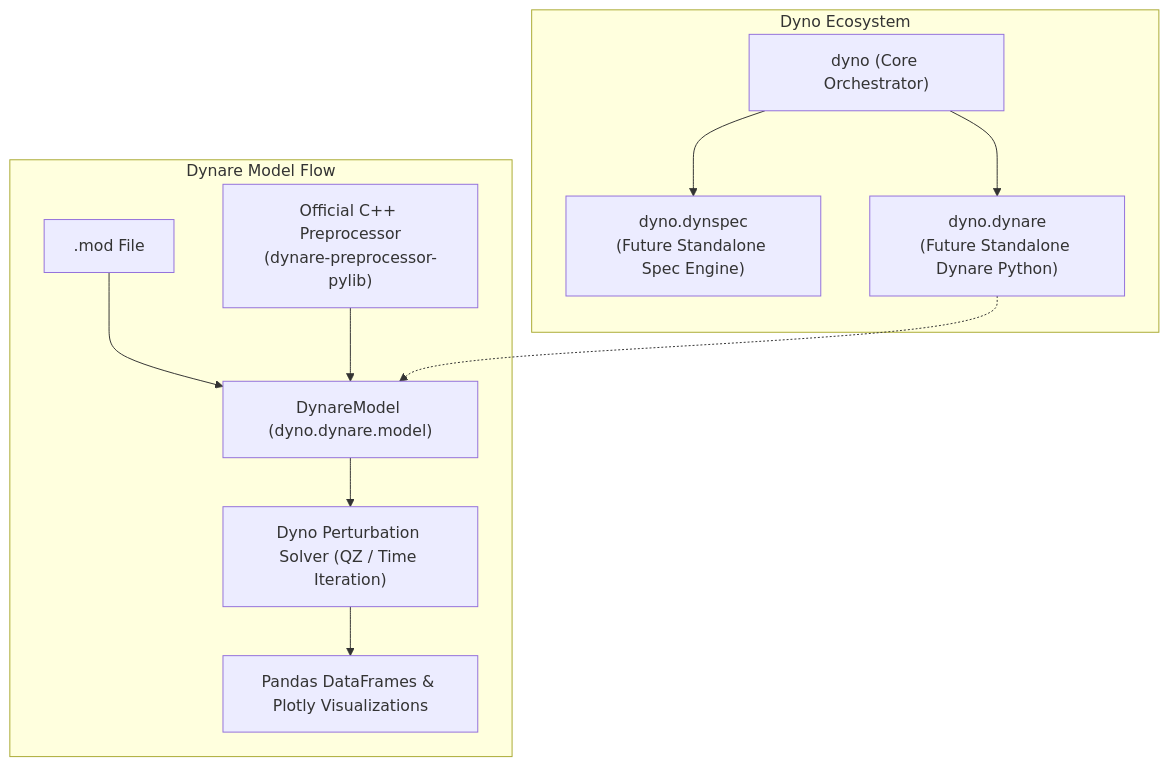
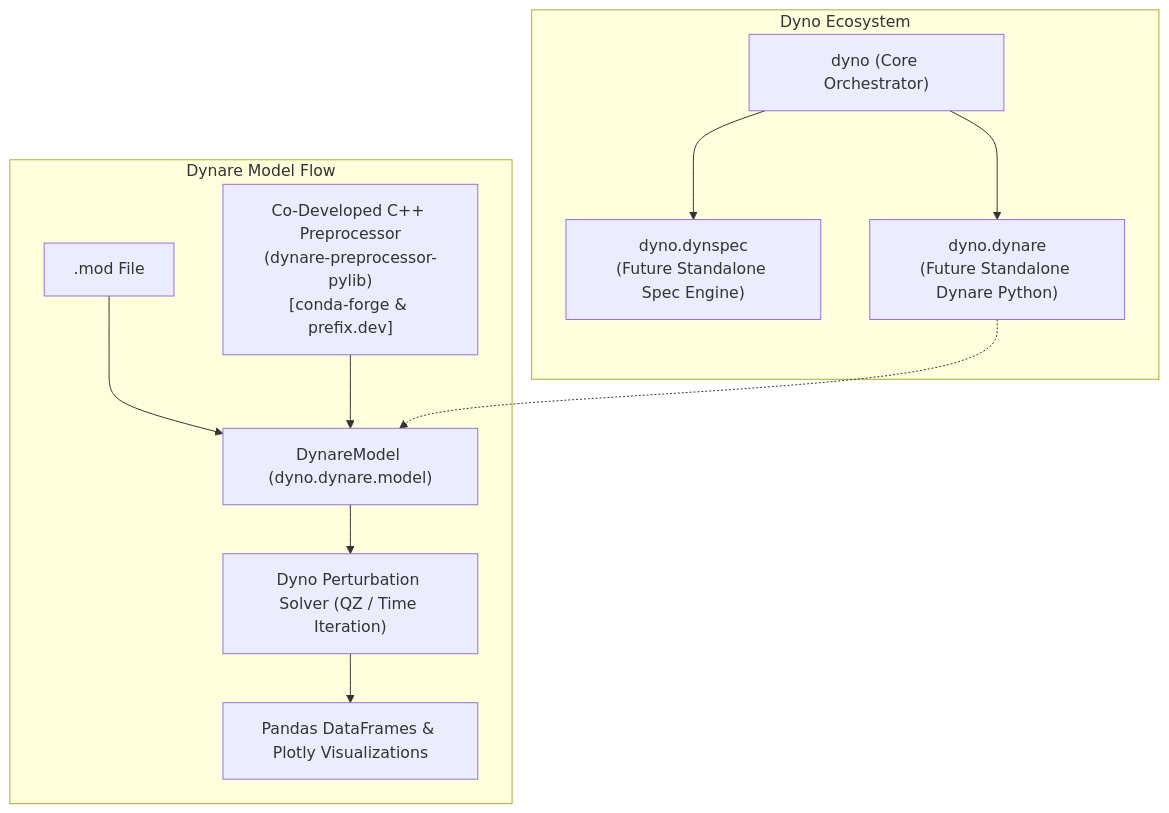
Before and after one commit to EconForge/dyno.py: the diagram in docs/dynare/index.md, drawn with Mermaid. The commit also changed other lines of this file and 4 other files, not shown here.

Commit message:
docs: separate JupyterLab Dyno into its own section and document co-developed C++ preprocessor

````diff
--- a/docs/dynare/index.md
+++ b/docs/dynare/index.md
@@ -21,19 +22,19 @@
 ```mermaid
 graph TD
     subgraph "Dyno Ecosystem"
         DYNO["dyno (Core Orchestrator)"]
         DYNSPEC["dyno.dynspec<br/>(Future Standalone Spec Engine)"]
         DYNARE["dyno.dynare<br/>(Future Standalone Dynare Python)"]
     end
 
     subgraph "Dynare Model Flow"
         MOD[".mod File"] --> DM["DynareModel (dyno.dynare.model)"]
-        CPP["Official C++ Preprocessor<br/>(dynare-preprocessor-pylib)"] --> DM
+        CPP["Co-Developed C++ Preprocessor<br/>(dynare-preprocessor-pylib)<br/>[conda-forge & prefix.dev]"] --> DM
         DM --> SOLVE["Dyno Perturbation Solver (QZ / Time Iteration)"]
         SOLVE --> OUT["Pandas DataFrames & Plotly Visualizations"]
     end
 
     DYNARE -.-> DM
     DYNO --> DYNARE
     DYNO --> DYNSPEC
 ```
````
